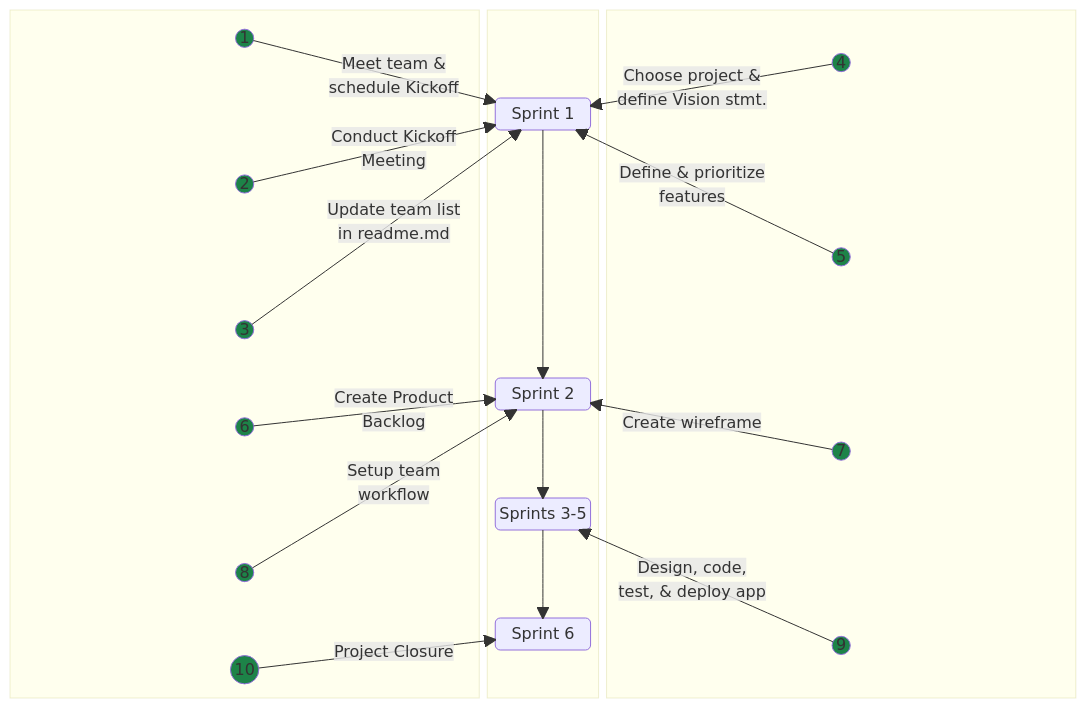
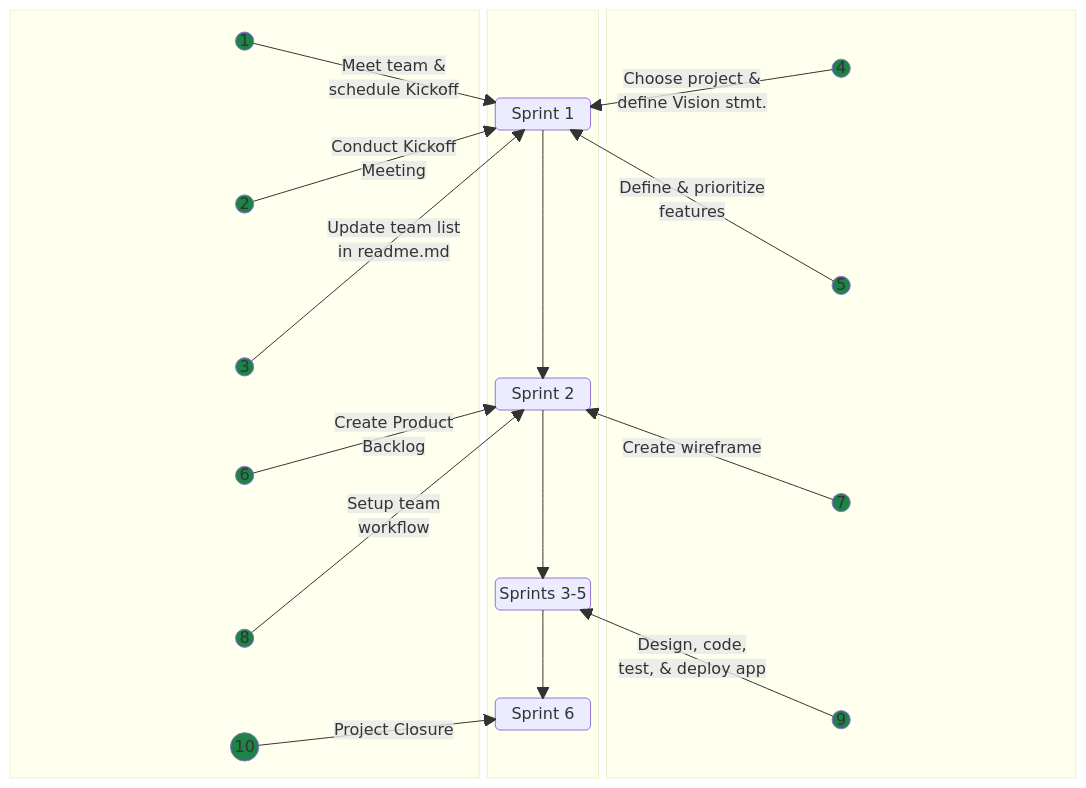
Before and after one commit to jdmedlock/mermaid_testing: the diagram in README.md, drawn with Mermaid.

Commit message:
Feature: Recreate linear sprint diagram

````diff
--- a/README.md
+++ b/README.md
@@ -4,80 +4,82 @@
 ```mermaid
   block-beta
     columns 9
     block:LEFT:4
       columns 1
       A1(("1"))
       space
       space
       A2(("2"))
       space
       space
       A3(("3"))
       space
       A6(("6"))
       space
       space
       A8(("8"))
       space
       A10(("10"))
     end
     
     block:CENTER:1
       columns 1
       space
       space
       SPRINT1("Sprint 1")
       space
       space
       space
       space
       space
       space
       SPRINT2("Sprint 2")
+      space
+      space
       space
       space
       SPRINT35("Sprints 3-5")
       space
       space
       SPRINT6("Sprint 6")
       space
     end
     
     block:RIGHT:4
       columns 1
       A4(("4"))
       space
       A5(("5"))
       space
       A7(("7"))
       space
       A9(("9"))
     end
 
     SPRINT1 --> SPRINT2
     SPRINT2 --> SPRINT35
     SPRINT35 --> SPRINT6
 
     A1 -- "Meet team &</br>schedule Kickoff" --> SPRINT1
     A2 -- "Conduct Kickoff</br>Meeting" --> SPRINT1
     A3 -- "Update team list</br>in readme.md" --> SPRINT1
     A4 -- "Choose project &</br>define Vision stmt." --> SPRINT1
     A5 -- "Define & prioritize</br>features" --> SPRINT1
     A6 -- "Create Product</br>Backlog" --> SPRINT2
     A7 -- "Create wireframe" --> SPRINT2
     A8 -- "Setup team</br>workflow" --> SPRINT2
     A9 -- "Design, code,</br>test, & deploy app" --> SPRINT35
     A10 -- "Project Closure" --> SPRINT6
 
     style A1 fill:#1d8348
     style A2 fill:#1d8348
     style A3 fill:#1d8348
     style A4 fill:#1d8348
     style A5 fill:#1d8348
     style A6 fill:#1d8348
     style A7 fill:#1d8348
     style A8 fill:#1d8348
     style A9 fill:#1d8348
     style A10 fill:#1d8348
 
 ```
````
